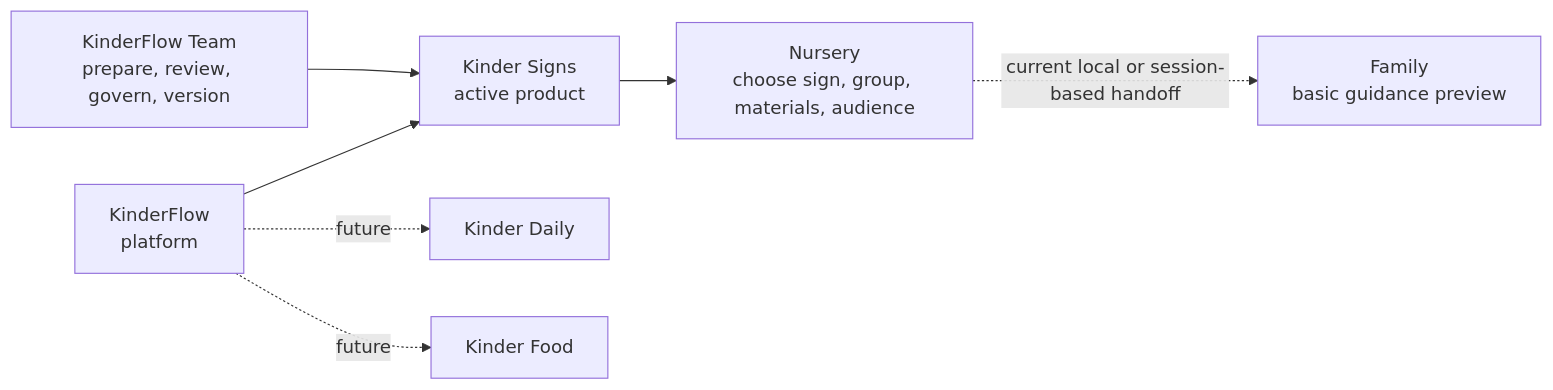
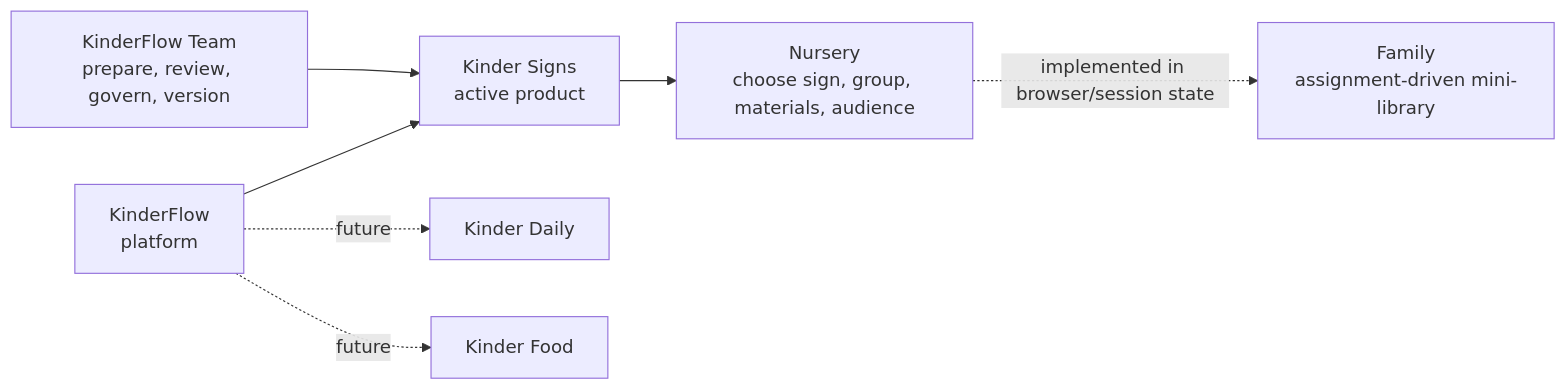
One commit to gretcb/kinderflow-digital-growth changed the diagram in README.md. Above: the diagram before and after it, drawn with Mermaid. The commit also changed other lines of this file and 47 other files, not shown here.

````diff
--- a/README.md
+++ b/README.md
@@ -132,9 +140,9 @@
 ```mermaid
 flowchart LR
     P["KinderFlow<br/>platform"] --> S["Kinder Signs<br/>active product"]
     P -. "future" .-> D["Kinder Daily"]
     P -. "future" .-> O["Kinder Food"]
     T["KinderFlow Team<br/>prepare, review, govern, version"] --> S
     S --> N["Nursery<br/>choose sign, group, materials, audience"]
-    N -. "current local or session-based handoff" .-> F["Family<br/>basic guidance preview"]
+    N -. "implemented in browser/session state" .-> F["Family<br/>assignment-driven mini-library"]
 ```
````
